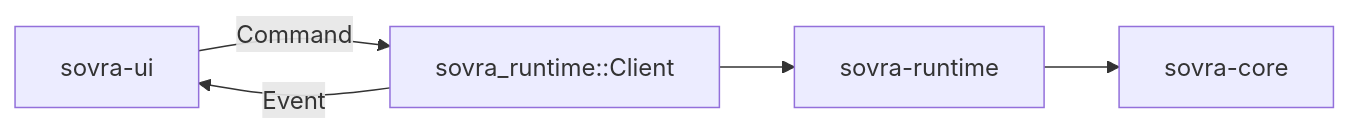
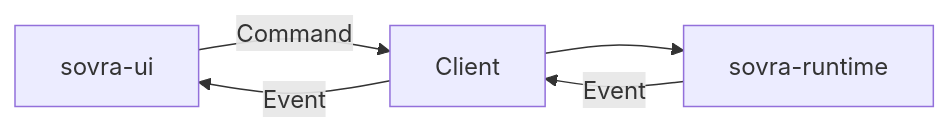
The second of 2 diagrams in docs/architecture.md (Sovra-AI/SovraHarness), drawn with Mermaid before and after one commit. The commit also changed other lines of this file and 151 other files, not shown here.

````diff
--- a/docs/architecture.md
+++ b/docs/architecture.md
@@ -113,7 +55,7 @@
 ```mermaid
 flowchart LR
-  ui["sovra-ui"] -->|"Command"| client["sovra_runtime::Client"]
-  client -->|"Event"| ui
+  ui["sovra-ui"] -->|Command| client["Client"]
   client --> runtime["sovra-runtime"]
-  runtime --> core["sovra-core"]
+  runtime -->|Event| client
+  client -->|Event| ui
 ```
````
